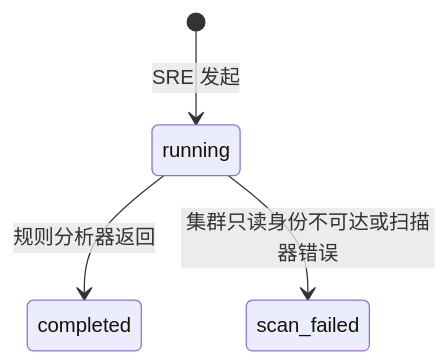
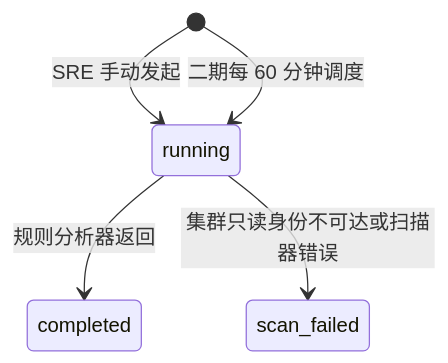
Diagram 11 of 12 in docs/03_problem_modeling/business_model.md (Mylifeforrent/huntai-sre), drawn with Mermaid before and after one commit. The commit also changed other lines of this file and 2 other files, not shown here.

````diff
--- a/docs/03_problem_modeling/business_model.md
+++ b/docs/03_problem_modeling/business_model.md
@@ -257,6 +352,7 @@
 ```mermaid
 stateDiagram-v2
-  [*] --> running: SRE 发起
+  [*] --> running: SRE 手动发起
+  [*] --> running: 二期每 60 分钟调度
   running --> completed: 规则分析器返回
   running --> scan_failed: 集群只读身份不可达或扫描器错误
 ```
````
